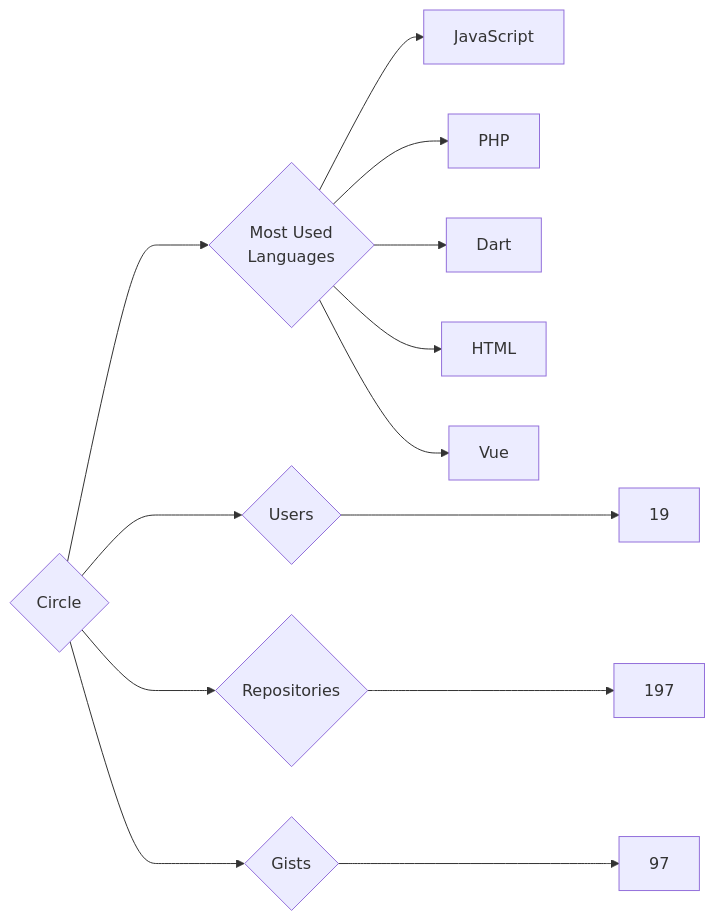
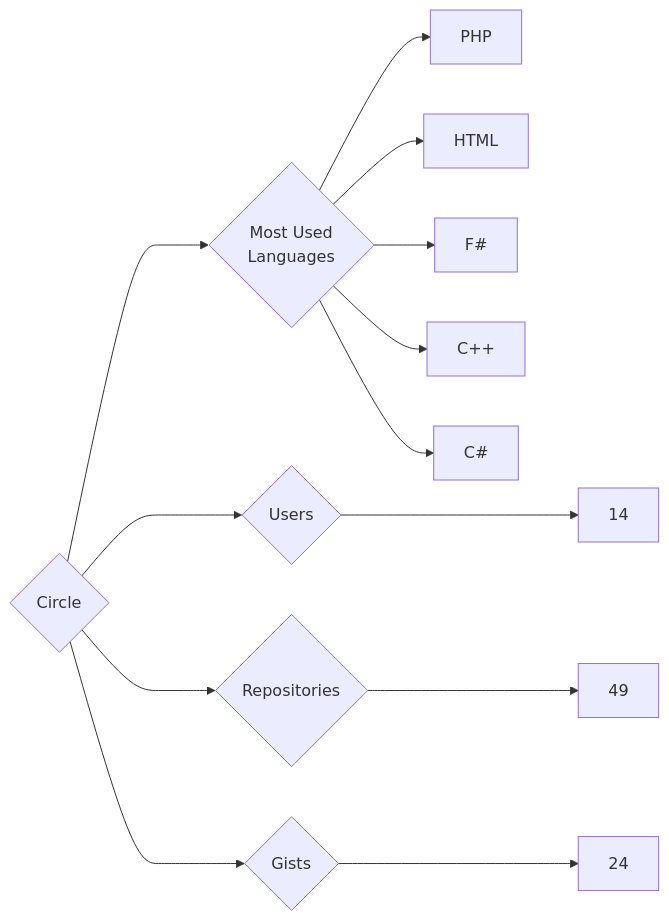
The diagram in targets/Circle/README.md (trickest/insiders), drawn with Mermaid before and after one commit. The commit also changed 861 other files, not shown here.

````diff
--- a/targets/Circle/README.md
+++ b/targets/Circle/README.md
@@ -3,13 +3,13 @@
 ```mermaid
 graph LR
 COMPANY_NAME{Circle}
-COMPANY_NAME ---> U{Users} ---> UN[19]
-COMPANY_NAME ---> R{Repositories} ---> RN[197]
-COMPANY_NAME ---> G{Gists} ---> GN[97]
+COMPANY_NAME ---> U{Users} ---> UN[14]
+COMPANY_NAME ---> R{Repositories} ---> RN[49]
+COMPANY_NAME ---> G{Gists} ---> GN[24]
 COMPANY_NAME ---> ML{Most Used<br>Languages}
-ML --> JavaScript[JavaScript]
 ML --> PHP[PHP]
-ML --> Dart[Dart]
 ML --> HTML[HTML]
-ML --> Vue[Vue]
+ML --> F#[F#]
+ML --> C++[C++]
+ML --> C#[C#]
 ```
````
